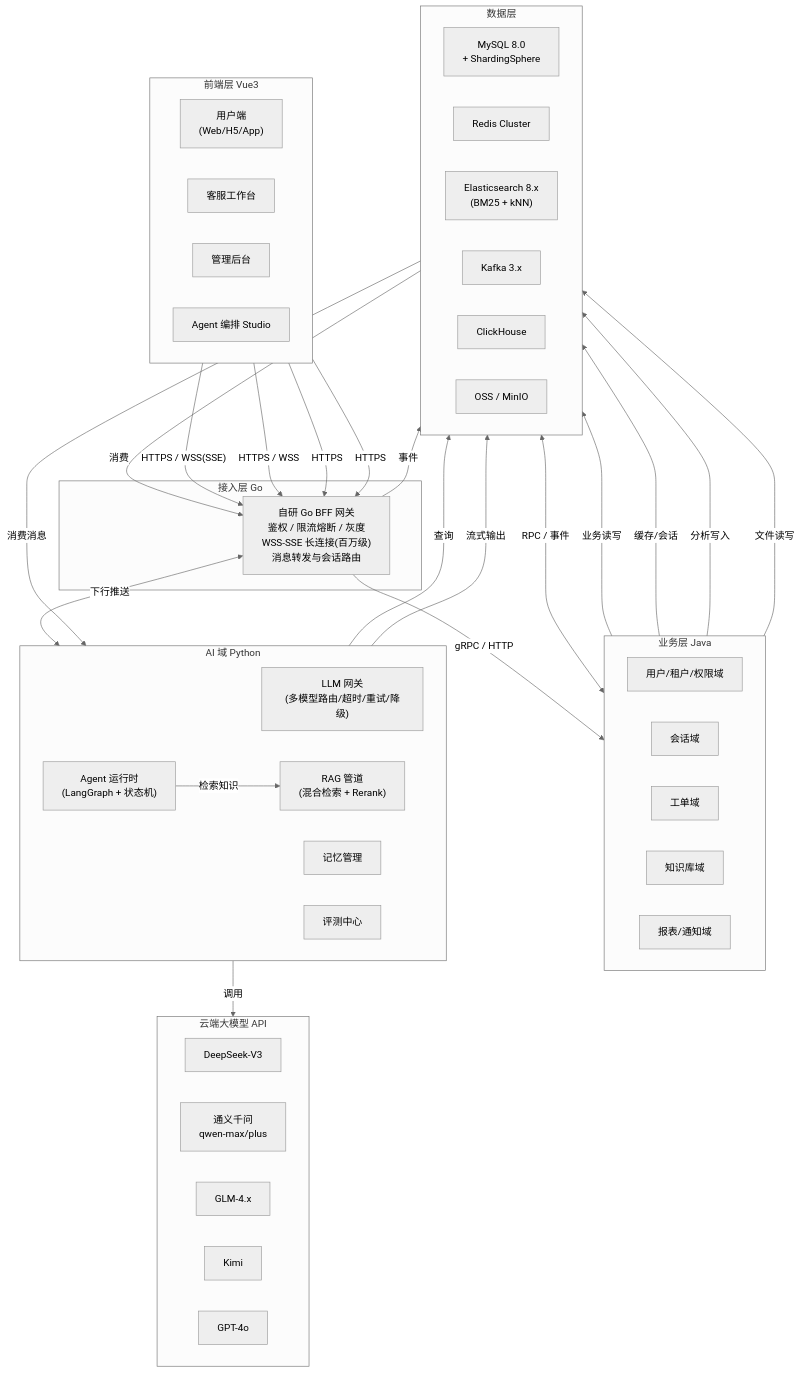
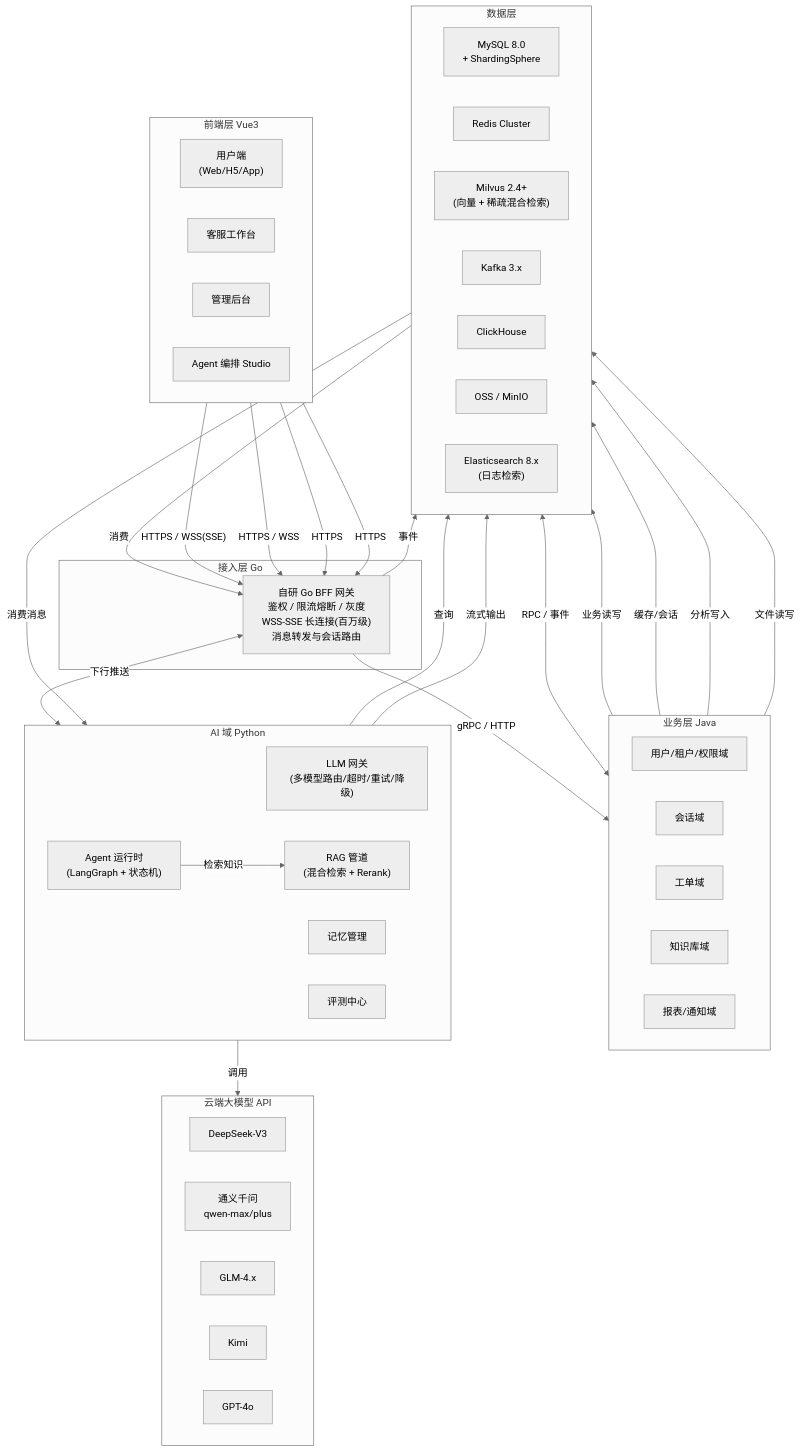
Before and after one commit to ideal0921/lingxi_agent: the first of 8 diagrams in docs/架构设计.md, drawn with Mermaid (neutral theme). The commit also changed other lines of this file and 191 other files, not shown here.

````diff
--- a/docs/架构设计.md
+++ b/docs/架构设计.md
@@ -66,73 +66,74 @@
 ```mermaid
 graph TB
     subgraph UI["前端层 Vue3"]
         direction LR
         UI1["用户端<br/>(Web/H5/App)"]
         UI2["客服工作台"]
         UI3["管理后台"]
         UI4["Agent 编排 Studio"]
     end
 
     subgraph GATEWAY["接入层 Go"]
         GW["自研 Go BFF 网关<br/>鉴权 / 限流熔断 / 灰度<br/>WSS-SSE 长连接(百万级)<br/>消息转发与会话路由"]
     end
 
     subgraph BIZ["业务层 Java"]
         direction LR
         B1["用户/租户/权限域"]
         B2["会话域"]
         B3["工单域"]
         B4["知识库域"]
         B5["报表/通知域"]
     end
 
     subgraph AI["AI 域 Python"]
         direction LR
         A1["LLM 网关<br/>(多模型路由/超时/重试/降级)"]
         A2["Agent 运行时<br/>(LangGraph + 状态机)"]
         A3["RAG 管道<br/>(混合检索 + Rerank)"]
         A4["记忆管理"]
         A5["评测中心"]
     end
 
     subgraph DATA["数据层"]
         direction LR
         D1["MySQL 8.0<br/>+ ShardingSphere"]
         D2["Redis Cluster"]
-        D3["Elasticsearch 8.x<br/>(BM25 + kNN)"]
+        D3["Milvus 2.4+<br/>(向量 + 稀疏混合检索)"]
         D4["Kafka 3.x"]
         D5["ClickHouse"]
         D6["OSS / MinIO"]
+        D7["Elasticsearch 8.x<br/>(日志检索)"]
     end
 
     subgraph LLM["云端大模型 API"]
         L1["DeepSeek-V3"]
         L2["通义千问<br/>qwen-max/plus"]
         L3["GLM-4.x"]
         L4["Kimi"]
         L5["GPT-4o"]
     end
 
     UI1 -->|"HTTPS / WSS(SSE)"| GW
     UI2 -->|"HTTPS / WSS"| GW
     UI3 -->|"HTTPS"| GW
     UI4 -->|"HTTPS"| GW
 
     GW -->|"gRPC / HTTP"| BIZ
     GW <-->|"下行推送"| A2
     GW -->|"事件"| D4
 
     BIZ <-->|"RPC / 事件"| D4
     BIZ -->|"业务读写"| D1
     BIZ -->|"缓存/会话"| D2
 
     D4 -->|"消费消息"| A2
     A2 -->|"检索知识"| A3
     A3 -->|"查询"| D3
     A1 -->|"调用"| LLM
     A2 -->|"流式输出"| D4
     D4 -->|"消费"| GW
 
     BIZ -->|"分析写入"| D5
     BIZ -->|"文件读写"| D6
 ```
````
